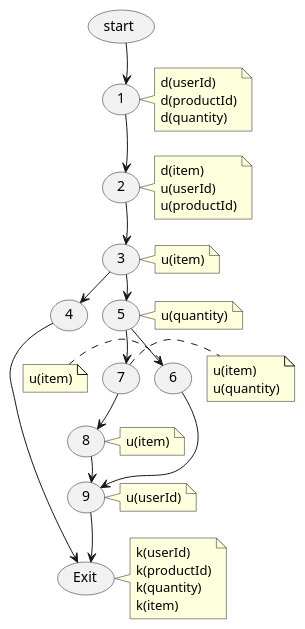
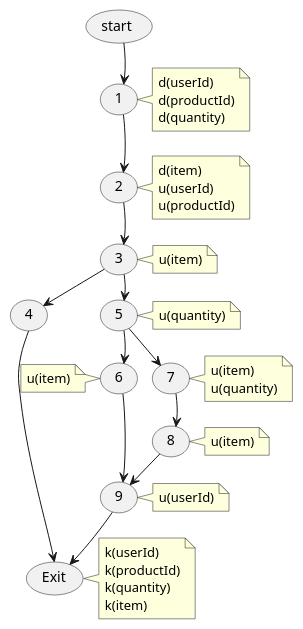
One commit to chuonghoai/MarketPlace changed the diagram in docs/white_box_testing/update_product_quantity/05_data_flow_graph.puml. Above: the diagram before and after it, drawn with PlantUML. The commit also changed 7 other files, not shown here.

```diff
--- a/docs/white_box_testing/update_product_quantity/05_data_flow_graph.puml
+++ b/docs/white_box_testing/update_product_quantity/05_data_flow_graph.puml
@@ -1,55 +1,57 @@
 @startuml
 skinparam nodesep 15
 skinparam ranksep 25
 
 usecase "start" as start_node
 usecase "1" as n1
 note right of n1 : d(userId)\nd(productId)\nd(quantity)
 usecase "2" as n2
 note right of n2 : d(item)\nu(userId)\nu(productId)
 usecase "3" as n3
 note right of n3 : u(item)
 usecase "4" as n4
 usecase "5" as n5
 note right of n5 : u(quantity)
 usecase "6" as n6
 note left of n6 : u(item)
 usecase "7" as n7
 note right of n7 : u(item)\nu(quantity)
 usecase "8" as n8
 note right of n8 : u(item)
 usecase "9" as n9
 note right of n9 : u(userId)
 usecase "Exit" as end_node
 note right of end_node : k(userId)\nk(productId)\nk(quantity)\nk(item)
 
 start_node -[hidden]down-> n1
 n1 -[hidden]down-> n2
 n2 -[hidden]down-> n3
 n3 -[hidden]down-> n5
-n5 -[hidden]down-> n7
-n7 -[hidden]down-> n8
-n8 -[hidden]down-> n9
+n5 -[hidden]down-> n6
+n6 -[hidden]down-> n9
 n9 -[hidden]down-> end_node
 
+n4 -[hidden]down-> end_node
 n4 -[hidden]right-> n5
+n6 -[hidden]right-> n7
+n7 -[hidden]down-> n8
 
 start_node --> n1
 n1 --> n2
 n2 --> n3
 
 n3 --> n4
 n3 --> n5
 n4 --> end_node
 
 n5 --> n6
 n5 --> n7
 
 n6 --> n9
 
 n7 --> n8
 n8 --> n9
 
 n9 --> end_node
 
 @enduml
```
